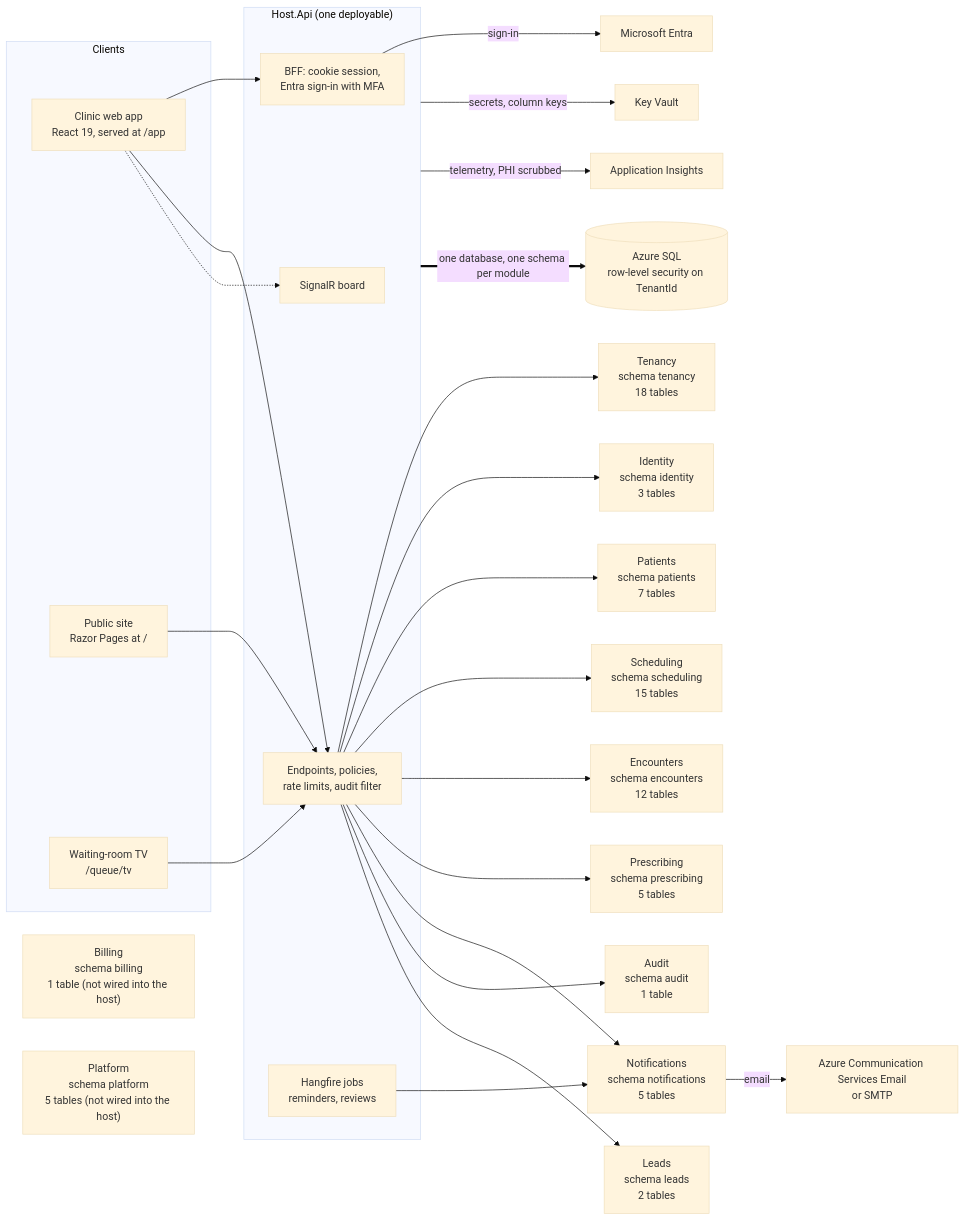
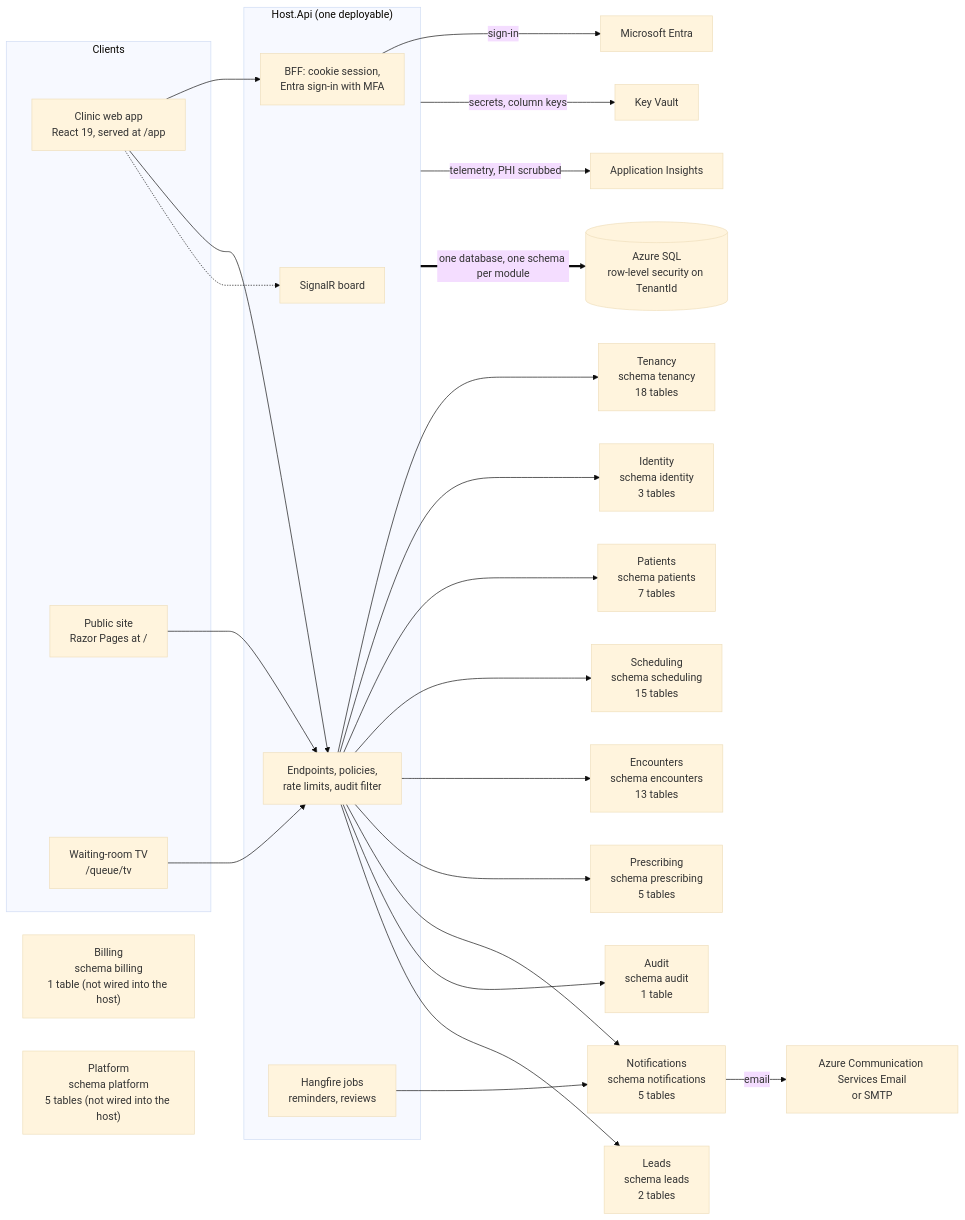
One commit to ALFRED-LUCIFER/medvya changed the first of 14 diagrams in docs/03-architecture/erd.md. Above: the diagram before and after it, drawn with Mermaid (base theme). The commit also changed other lines of this file and 20 other files, not shown here.

````diff
--- a/docs/03-architecture/erd.md
+++ b/docs/03-architecture/erd.md
@@ -15,36 +15,36 @@
 ```mermaid
 flowchart LR
   subgraph Clients
     web["Clinic web app<br/>React 19, served at /app"]
     site["Public site<br/>Razor Pages at /"]
     tv["Waiting-room TV<br/>/queue/tv"]
   end
   subgraph Host["Host.Api (one deployable)"]
     bff["BFF: cookie session,<br/>Entra sign-in with MFA"]
     api["Endpoints, policies,<br/>rate limits, audit filter"]
     hub["SignalR board"]
     jobs["Hangfire jobs<br/>reminders, reviews"]
   end
   web --> bff
   web --> api
   web -.-> hub
   tv --> api
   site --> api
   api --> Tenancy["Tenancy<br/>schema tenancy<br/>18 tables"]
   api --> Identity["Identity<br/>schema identity<br/>3 tables"]
   api --> Patients["Patients<br/>schema patients<br/>7 tables"]
   api --> Scheduling["Scheduling<br/>schema scheduling<br/>15 tables"]
-  api --> Encounters["Encounters<br/>schema encounters<br/>12 tables"]
+  api --> Encounters["Encounters<br/>schema encounters<br/>13 tables"]
   api --> Prescribing["Prescribing<br/>schema prescribing<br/>5 tables"]
   api --> Notifications["Notifications<br/>schema notifications<br/>5 tables"]
   api --> Audit["Audit<br/>schema audit<br/>1 table"]
   api --> Leads["Leads<br/>schema leads<br/>2 tables"]
   Billing["Billing<br/>schema billing<br/>1 table (not wired into the host)"]
   Platform["Platform<br/>schema platform<br/>5 tables (not wired into the host)"]
   jobs --> Notifications
   bff -->|"sign-in"| entra["Microsoft Entra"]
   Notifications -->|"email"| mail["Azure Communication Services Email<br/>or SMTP"]
   Host -->|"secrets, column keys"| kv["Key Vault"]
   Host -->|"telemetry, PHI scrubbed"| ai["Application Insights"]
   Host ==>|"one database, one schema per module"| sql[("Azure SQL<br/>row-level security on TenantId")]
 ```
````
